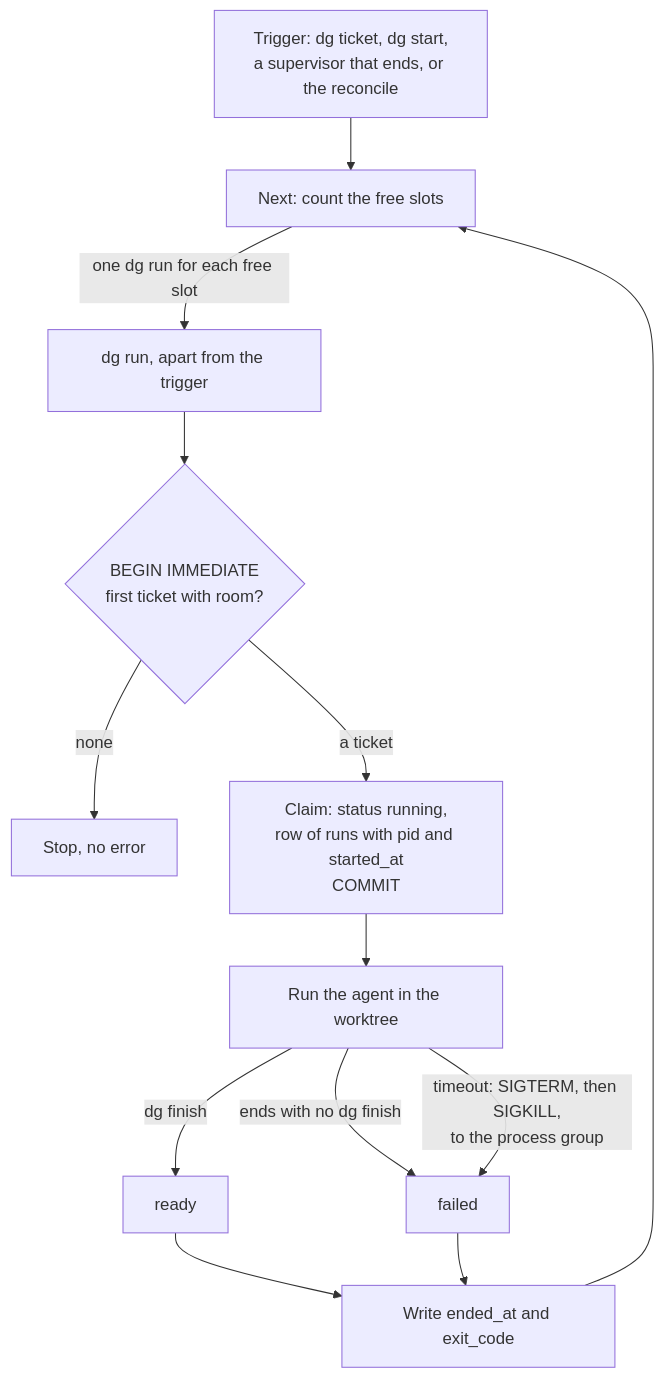
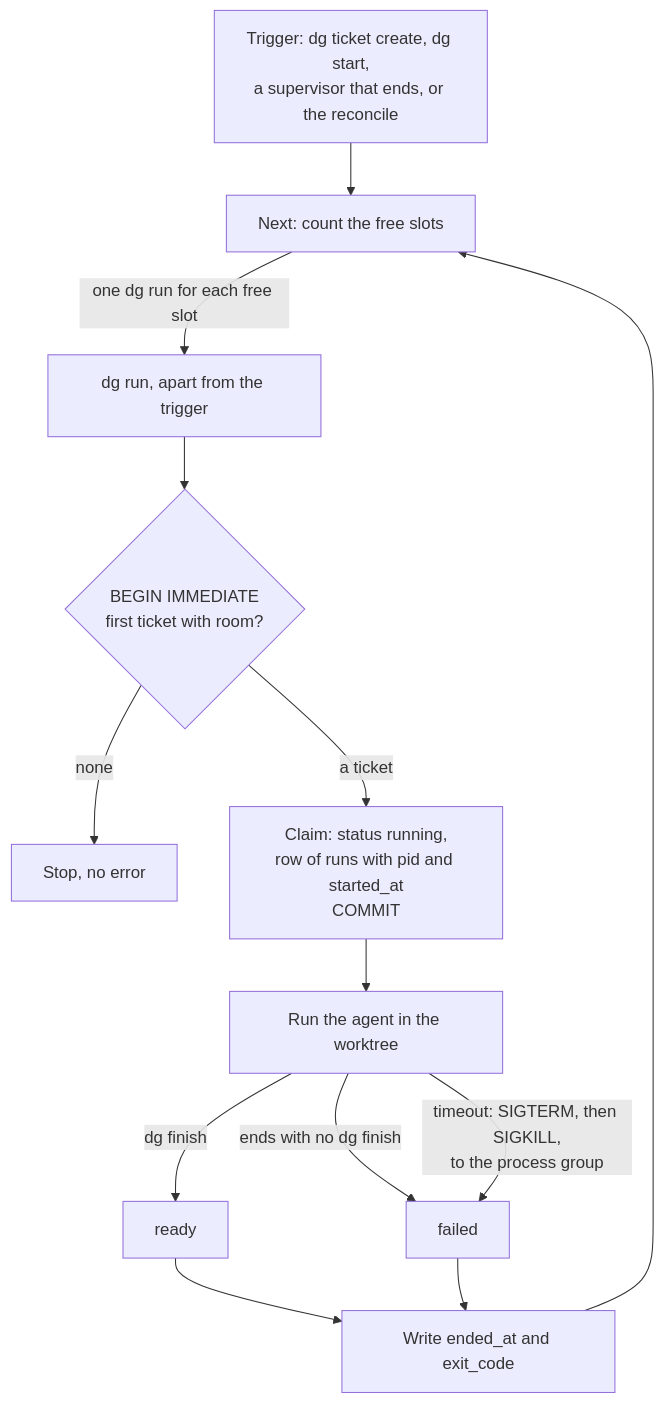
One commit to alcubie/delegator changed the first of 3 diagrams in docs/RUN_CONTROL.md. Above: the diagram before and after it, drawn with Mermaid. The commit also changed other lines of this file and 32 other files, not shown here.

````diff
--- a/docs/RUN_CONTROL.md
+++ b/docs/RUN_CONTROL.md
@@ -293,15 +293,15 @@
 ```mermaid
 flowchart TD
-    T["Trigger: dg ticket, dg start,<br>a supervisor that ends, or the reconcile"] --> N["Next: count the free slots"]
+    T["Trigger: dg ticket create, dg start,<br>a supervisor that ends, or the reconcile"] --> N["Next: count the free slots"]
     N -->|"one dg run for each free slot"| S["dg run, apart from the trigger"]
     S --> C{"BEGIN IMMEDIATE<br>first ticket with room?"}
     C -->|"none"| X["Stop, no error"]
     C -->|"a ticket"| W["Claim: status running,<br>row of runs with pid and started_at<br>COMMIT"]
     W --> A["Run the agent in the worktree"]
     A -->|"dg finish"| R["ready"]
     A -->|"ends with no dg finish"| F["failed"]
     A -->|"timeout: SIGTERM, then SIGKILL,<br>to the process group"| F
     R --> E["Write ended_at and exit_code"]
     F --> E
     E --> N
 ```
````
